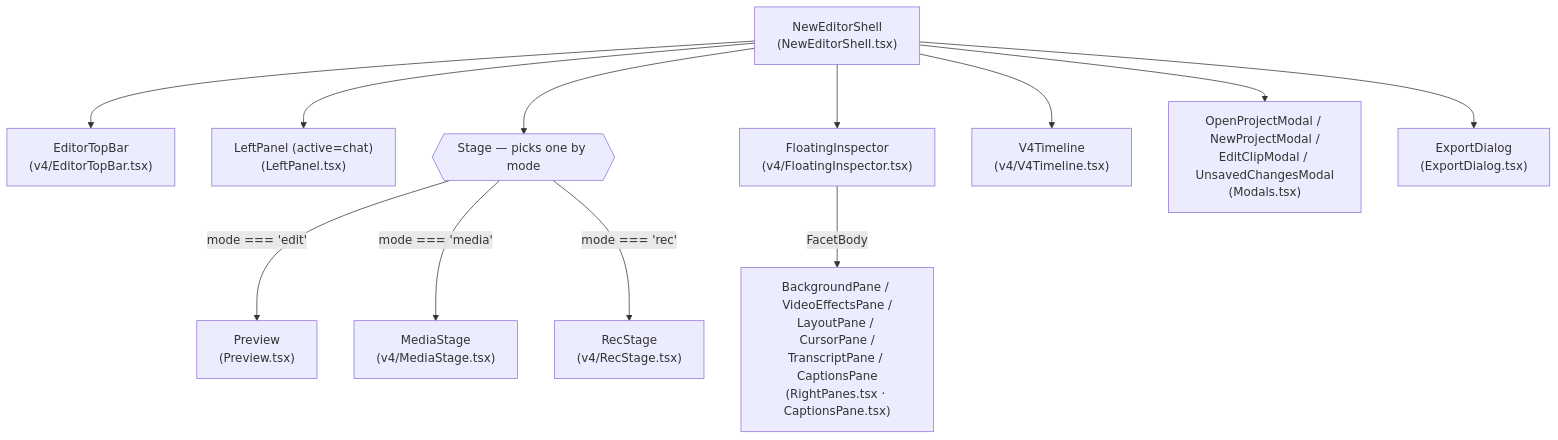
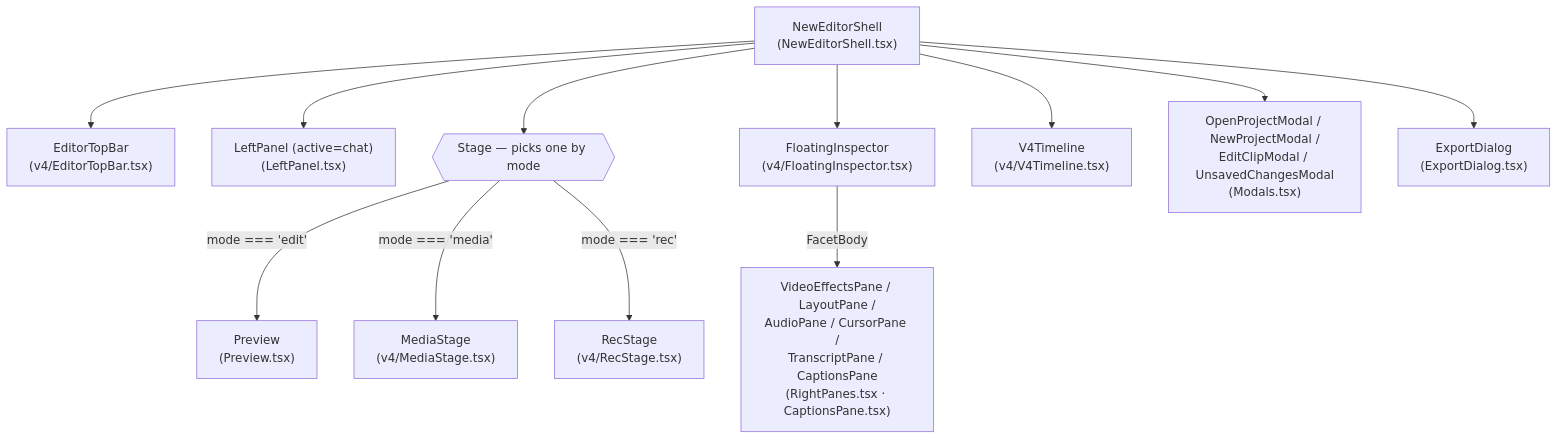
One commit to EtienneLescot/openscreen changed the diagram in technical-documentation/architecture/editor-shell.md. Above: the diagram before and after it, drawn with Mermaid. The commit also changed other lines of this file and 20 other files, not shown here.

````diff
--- a/technical-documentation/architecture/editor-shell.md
+++ b/technical-documentation/architecture/editor-shell.md
@@ -15,28 +15,28 @@
 ```mermaid
 flowchart TD
     Shell["NewEditorShell<br/>(NewEditorShell.tsx)"]
     TopBar["EditorTopBar<br/>(v4/EditorTopBar.tsx)"]
     Chat["LeftPanel (active=chat)<br/>(LeftPanel.tsx)"]
     Stage{{"Stage — picks one by mode"}}
     Preview["Preview<br/>(Preview.tsx)"]
     Inspector["FloatingInspector<br/>(v4/FloatingInspector.tsx)"]
     Media["MediaStage<br/>(v4/MediaStage.tsx)"]
     Rec["RecStage<br/>(v4/RecStage.tsx)"]
     Timeline["V4Timeline<br/>(v4/V4Timeline.tsx)"]
     Modals["OpenProjectModal / NewProjectModal /<br/>EditClipModal / UnsavedChangesModal<br/>(Modals.tsx)"]
     Export["ExportDialog<br/>(ExportDialog.tsx)"]
 
     Shell --> TopBar
     Shell --> Chat
     Shell --> Stage
     Shell --> Inspector
     Shell --> Timeline
     Shell --> Modals
     Shell --> Export
 
     Stage -- "mode === 'edit'" --> Preview
     Stage -- "mode === 'media'" --> Media
     Stage -- "mode === 'rec'" --> Rec
 
-    Inspector -- "FacetBody" --> RightPanes["BackgroundPane / VideoEffectsPane /<br/>LayoutPane / CursorPane /<br/>TranscriptPane / CaptionsPane<br/>(RightPanes.tsx · CaptionsPane.tsx)"]
+    Inspector -- "FacetBody" --> RightPanes["VideoEffectsPane / LayoutPane /<br/>AudioPane / CursorPane /<br/>TranscriptPane / CaptionsPane<br/>(RightPanes.tsx · CaptionsPane.tsx)"]
 ```
````
